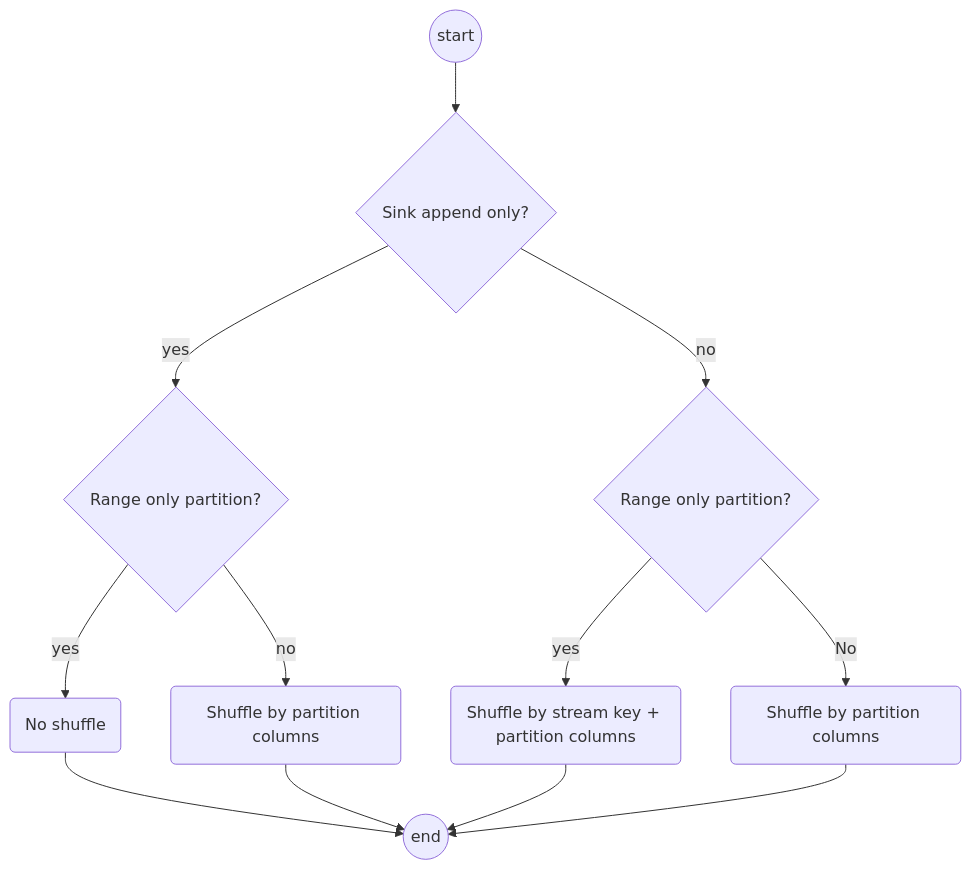
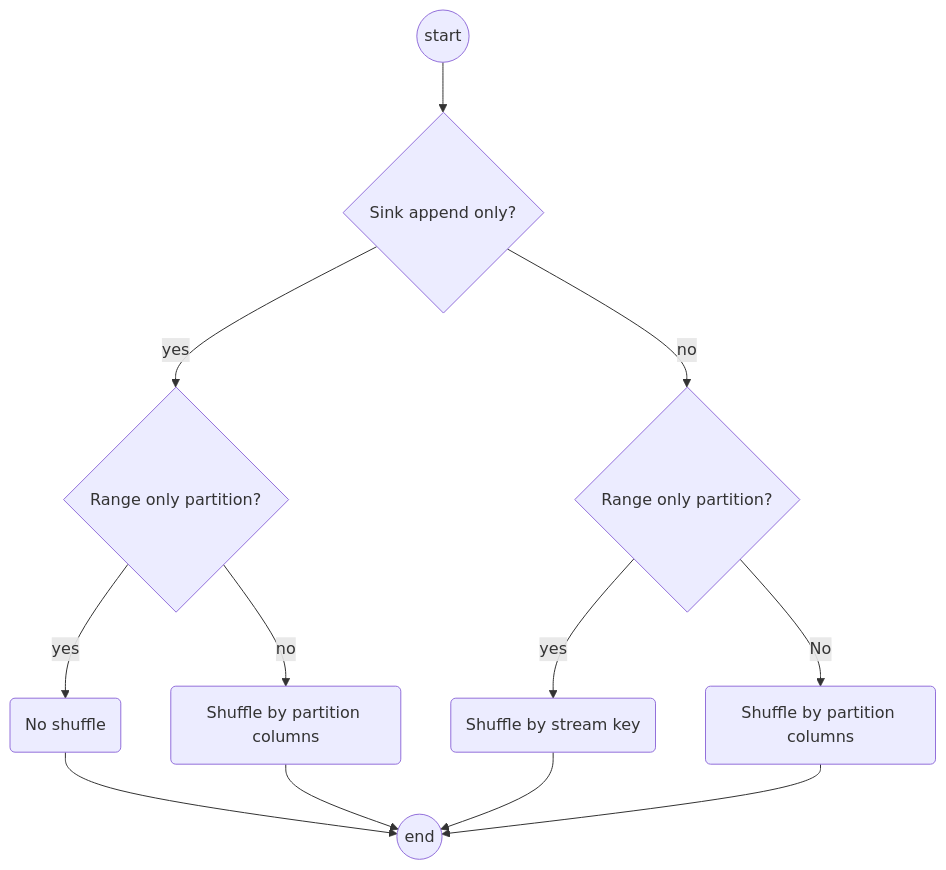
One commit to risingwavelabs/rfcs changed the first of 3 diagrams in rfcs/0077-iceberg-sink-shuffle.md. Above: the diagram before and after it, drawn with Mermaid. The commit also changed other lines of this file, not shown here.

Commit message:
Update case 3 according to discussion

````diff
--- a/rfcs/0077-iceberg-sink-shuffle.md
+++ b/rfcs/0077-iceberg-sink-shuffle.md
@@ -36,18 +36,16 @@
 ```mermaid
 flowchart TD
     Start((start))
     End((end))
     Start --> append_only{Sink append only?}
-    
     append_only -->|yes| iceberg_range_only_part{Range only partition?}
-    iceberg_range_only_part -->|yes| no_shuffle(No shuffle) 
+    iceberg_range_only_part -->|yes| no_shuffle(No shuffle)
     iceberg_range_only_part -->|no| append_only_shuffle(Shuffle by partition columns)
     no_shuffle --> End
     append_only_shuffle --> End
-    
     append_only -->|no| upsert_iceberg_range_only_part{Range only partition?}
-    upsert_iceberg_range_only_part -->|yes| upsert_shuffle_by_stream_part_key(Shuffle by stream key + partition columns)
+    upsert_iceberg_range_only_part -->|yes| upsert_shuffle_by_stream_part_key(Shuffle by stream key)
     upsert_shuffle_by_stream_part_key --> End
     upsert_iceberg_range_only_part -->|No| upsert_shuffle_by_part_key(Shuffle by partition columns)
     upsert_shuffle_by_part_key --> End
 ```
````
